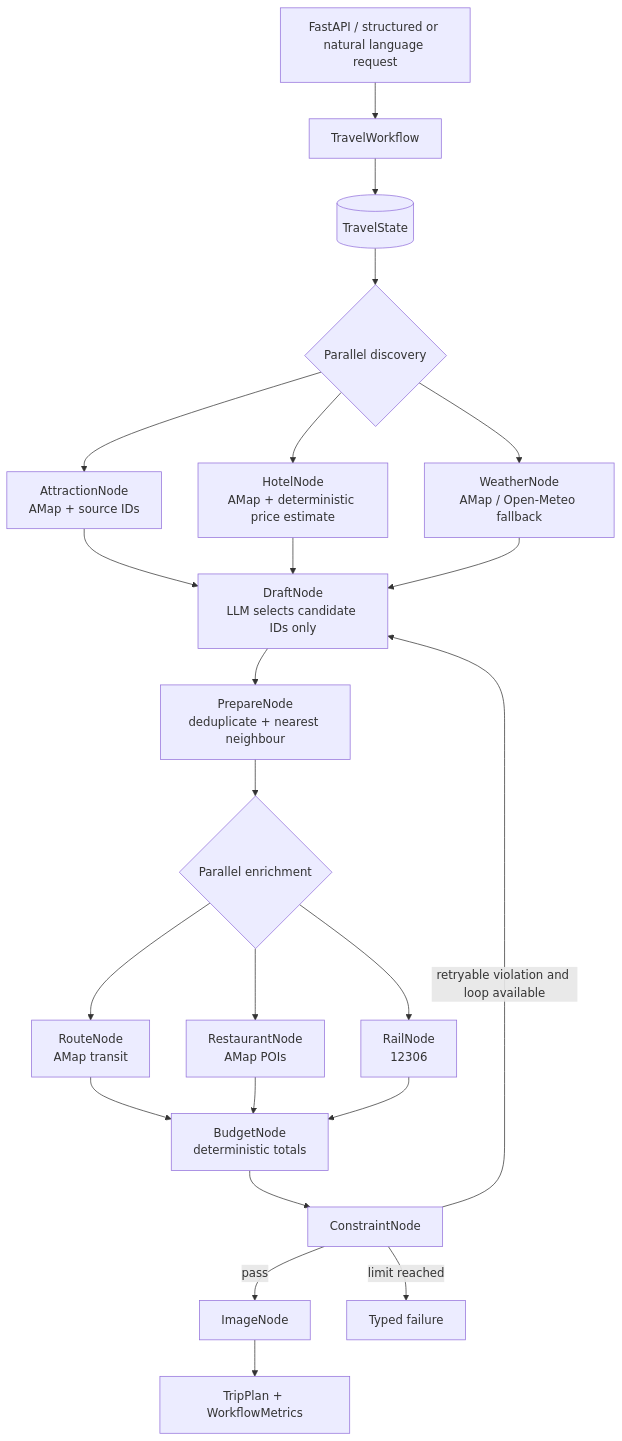
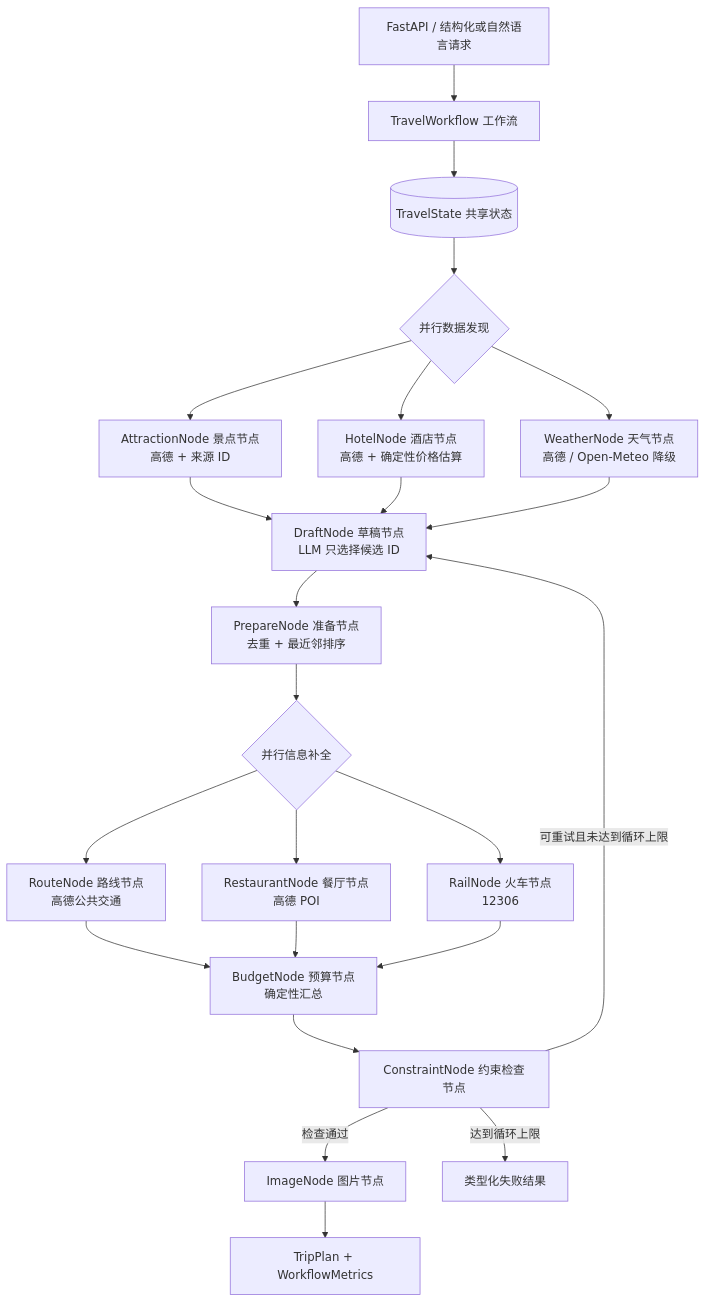
The diagram in docs/ARCHITECTURE.md (sxs-123456/travel-agent), drawn with Mermaid before and after one commit. The commit also changed other lines of this file and 2 other files, not shown here.

Commit message:
docs: translate architecture and benchmark guides

````diff
--- a/docs/ARCHITECTURE.md
+++ b/docs/ARCHITECTURE.md
@@ -5,24 +5,24 @@
 ```mermaid
 flowchart TD
-    API[FastAPI / structured or natural language request] --> W[TravelWorkflow]
-    W --> S[(TravelState)]
-    S --> D{Parallel discovery}
-    D --> A[AttractionNode\nAMap + source IDs]
-    D --> H[HotelNode\nAMap + deterministic price estimate]
-    D --> WE[WeatherNode\nAMap / Open-Meteo fallback]
-    A --> P[DraftNode\nLLM selects candidate IDs only]
+    API[FastAPI / 结构化或自然语言请求] --> W[TravelWorkflow 工作流]
+    W --> S[(TravelState 共享状态)]
+    S --> D{并行数据发现}
+    D --> A[AttractionNode 景点节点<br/>高德 + 来源 ID]
+    D --> H[HotelNode 酒店节点<br/>高德 + 确定性价格估算]
+    D --> WE[WeatherNode 天气节点<br/>高德 / Open-Meteo 降级]
+    A --> P[DraftNode 草稿节点<br/>LLM 只选择候选 ID]
     H --> P
     WE --> P
-    P --> PP[PrepareNode\ndeduplicate + nearest neighbour]
-    PP --> E{Parallel enrichment}
-    E --> R[RouteNode\nAMap transit]
-    E --> F[RestaurantNode\nAMap POIs]
-    E --> T[RailNode\n12306]
-    R --> B[BudgetNode\ndeterministic totals]
+    P --> PP[PrepareNode 准备节点<br/>去重 + 最近邻排序]
+    PP --> E{并行信息补全}
+    E --> R[RouteNode 路线节点<br/>高德公共交通]
+    E --> F[RestaurantNode 餐厅节点<br/>高德 POI]
+    E --> T[RailNode 火车节点<br/>12306]
+    R --> B[BudgetNode 预算节点<br/>确定性汇总]
     F --> B
     T --> B
-    B --> C[ConstraintNode]
-    C -->|pass| I[ImageNode] --> O[TripPlan + WorkflowMetrics]
-    C -->|retryable violation and loop available| P
-    C -->|limit reached| X[Typed failure]
+    B --> C[ConstraintNode 约束检查节点]
+    C -->|检查通过| I[ImageNode 图片节点] --> O[TripPlan + WorkflowMetrics]
+    C -->|可重试且未达到循环上限| P
+    C -->|达到循环上限| X[类型化失败结果]
 ```
````
